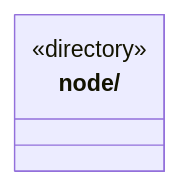
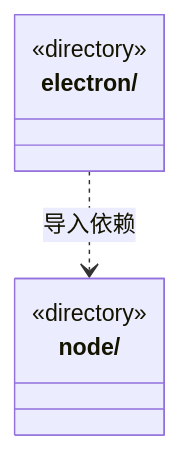
Before and after one commit to nan023062/cbim: the diagram in src/core/platform/ARCHITECTURE.md, drawn with Mermaid. The commit also changed other lines of this file and 91 other files, not shown here.

````diff
--- a/src/core/platform/ARCHITECTURE.md
+++ b/src/core/platform/ARCHITECTURE.md
@@ -15,6 +15,10 @@
 ```mermaid
 classDiagram
+class N_src_core_platform_electron["electron/"] {
+  <<directory>>
+}
 class N_src_core_platform_node["node/"] {
   <<directory>>
 }
+N_src_core_platform_electron ..> N_src_core_platform_node : 导入依赖
 ```
````
